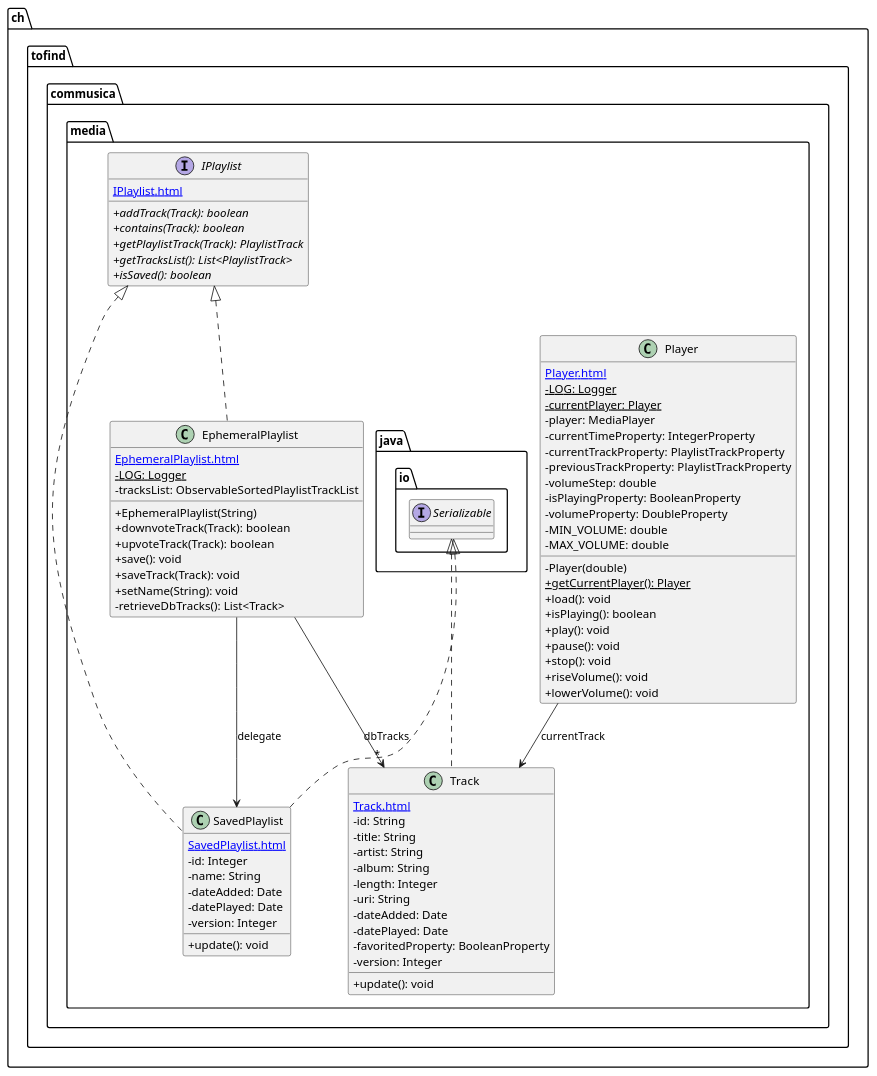
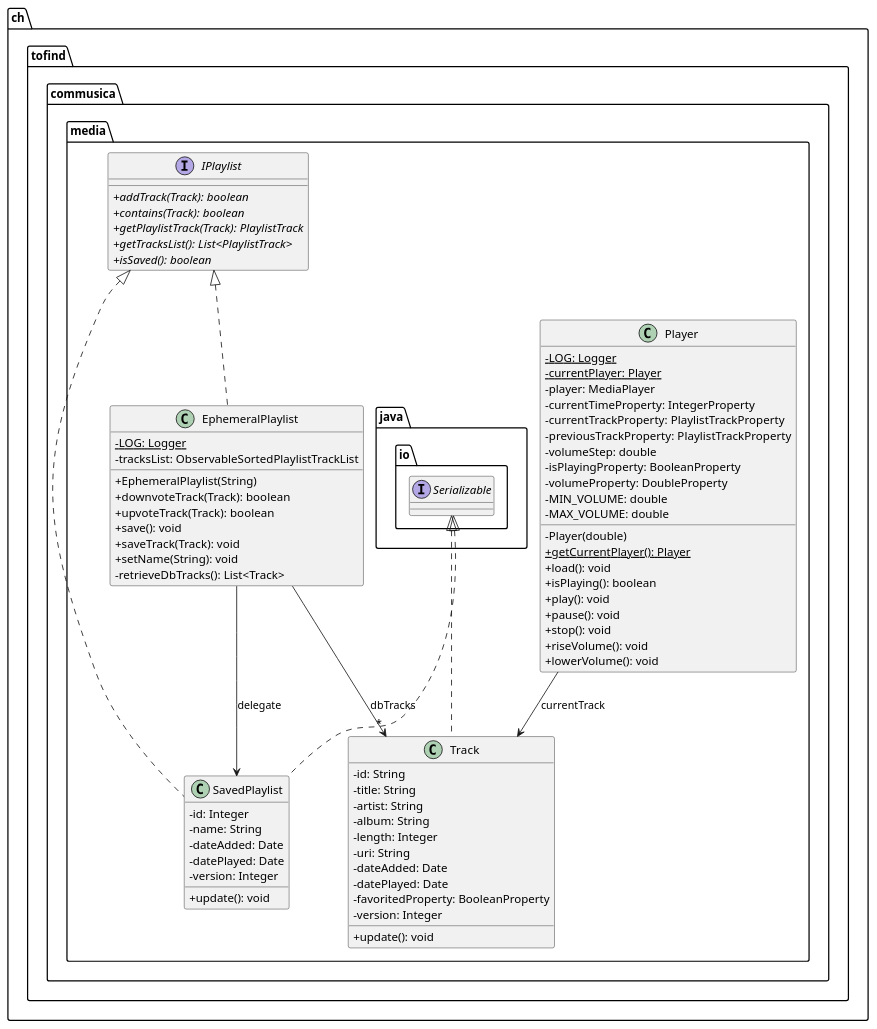
One commit to heig-vd-pro2017/projet changed the diagram in doc/PRO/UML/media.puml. Above: the diagram before and after it, drawn with PlantUML. The commit also changed 8 other files, not shown here.

```diff
--- a/doc/PRO/UML/media.puml
+++ b/doc/PRO/UML/media.puml
@@ -1,95 +1,90 @@
 @startuml
 
     skinparam classAttributeIconSize 0
 
     namespace ch.tofind.commusica.media {
 
         interface IPlaylist {
-            [[IPlaylist.html]]
             {abstract} +addTrack(Track): boolean
             {abstract} +contains(Track): boolean
             {abstract} +getPlaylistTrack(Track): PlaylistTrack
             {abstract} +getTracksList(): List<PlaylistTrack>
             {abstract} +isSaved(): boolean
         }
 
         class SavedPlaylist {
-            [[SavedPlaylist.html]]
             -id: Integer
             -name: String
             -dateAdded: Date
             -datePlayed: Date
             -version: Integer
             +update(): void
         }
 
         class EphemeralPlaylist {
-            [[EphemeralPlaylist.html]]
             {static} -LOG: Logger
             -tracksList: ObservableSortedPlaylistTrackList
             +EphemeralPlaylist(String)
             +downvoteTrack(Track): boolean
             +upvoteTrack(Track): boolean
             +save(): void
             +saveTrack(Track): void
             +setName(String): void
             -retrieveDbTracks(): List<Track>
         }
 
         class Track {
-            [[Track.html]]
             -id: String
             -title: String
             -artist: String
             -album: String
             -length: Integer
             -uri: String
             -dateAdded: Date
             -datePlayed: Date
             -favoritedProperty: BooleanProperty
             -version: Integer
             +update(): void
         }
 
         class Player {
-            [[Player.html]]
             {static} -LOG: Logger
             {static} -currentPlayer: Player
             -player: MediaPlayer
             -currentTimeProperty: IntegerProperty
             -currentTrackProperty: PlaylistTrackProperty
             -previousTrackProperty: PlaylistTrackProperty
             -volumeStep: double
             -isPlayingProperty: BooleanProperty
             -volumeProperty: DoubleProperty
             -MIN_VOLUME: double
             -MAX_VOLUME: double
             -Player(double)
             {static} +getCurrentPlayer(): Player
             +load(): void
             +isPlaying(): boolean
             +play(): void
             +pause(): void
             +stop(): void
             +riseVolume(): void
             +lowerVolume(): void
         }
 
         interface java.io.Serializable
         java.io.Serializable <|.. SavedPlaylist
 
         IPlaylist <|.. SavedPlaylist
 
         IPlaylist <|.. EphemeralPlaylist
 
         java.io.Serializable <|.. Track
 
         EphemeralPlaylist --> "*" Track: dbTracks
 
         EphemeralPlaylist --> SavedPlaylist: delegate
 
         Player --> Track: currentTrack
 
     }
 
 @enduml
```
